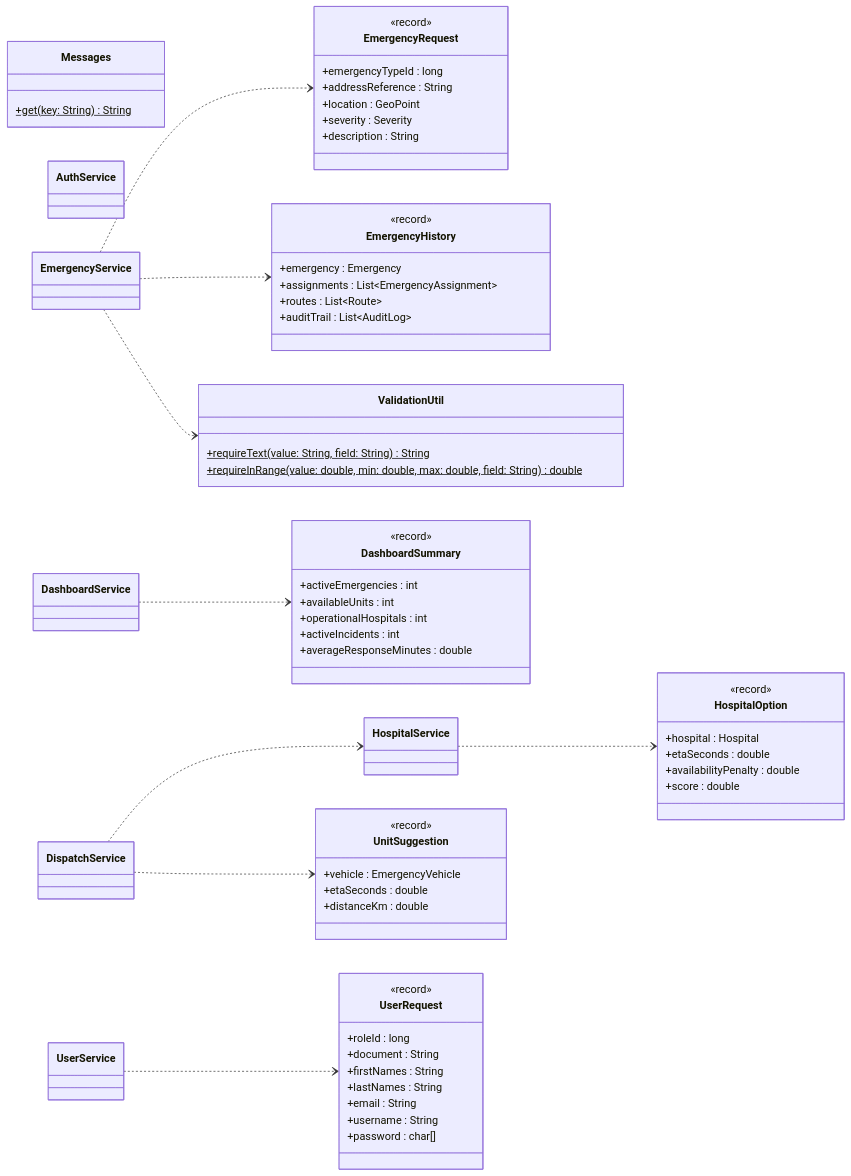
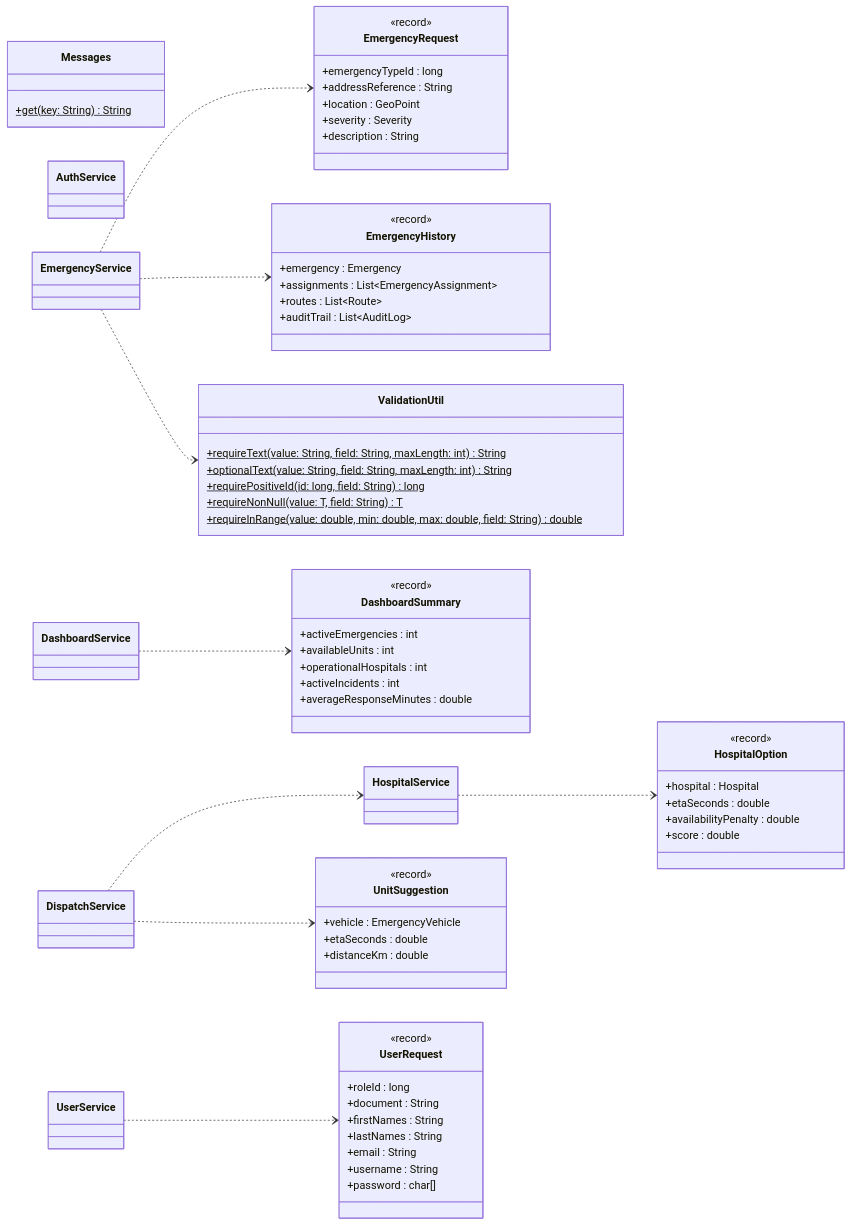
Before and after one commit to afzabaleta/RutaVida: diagram 16 of 22 in docs/class-diagram.md, drawn with Mermaid. The commit also changed other lines of this file and 2 other files, not shown here.

Commit message:
docs: sync-class-diagram-and-session-validation

````diff
--- a/docs/class-diagram.md
+++ b/docs/class-diagram.md
@@ -1113,77 +1122,81 @@
 ```mermaid
 ---
 config:
   markdownAutoWrap: false
 ---
 classDiagram
     direction LR
 
     class EmergencyRequest {
         <<record>>
         +emergencyTypeId : long
         +addressReference : String
         +location : GeoPoint
         +severity : Severity
         +description : String
     }
     class UnitSuggestion {
         <<record>>
         +vehicle : EmergencyVehicle
         +etaSeconds : double
         +distanceKm : double
     }
     class HospitalOption {
         <<record>>
         +hospital : Hospital
         +etaSeconds : double
         +availabilityPenalty : double
         +score : double
     }
     class EmergencyHistory {
         <<record>>
         +emergency : Emergency
         +assignments : List~EmergencyAssignment~
         +routes : List~Route~
         +auditTrail : List~AuditLog~
     }
     class DashboardSummary {
         <<record>>
         +activeEmergencies : int
         +availableUnits : int
         +operationalHospitals : int
         +activeIncidents : int
         +averageResponseMinutes : double
     }
     class UserRequest {
         <<record>>
         +roleId : long
         +document : String
         +firstNames : String
         +lastNames : String
         +email : String
         +username : String
         +password : char[]
     }
-    class ValidationUtil {
-        +requireText(value: String, field: String) String$
-        +requireInRange(value: double, min: double, max: double, field: String) double$
-    }
+class ValidationUtil {
+    +requireText(value: String, field: String, maxLength: int) String$
+    +optionalText(value: String, field: String, maxLength: int) String$
+    +requirePositiveId(id: long, field: String) long$
+    +requireNonNull(value: T, field: String) T$
+    +requireInRange(value: double, min: double, max: double, field: String) double$
+}
+
     class Messages {
         +get(key: String) String$
     }
     class AuthService
     class UserService
     class EmergencyService
     class DispatchService
     class HospitalService
     class DashboardService
 
     DispatchService ..> HospitalService
     EmergencyService ..> EmergencyRequest
     EmergencyService ..> EmergencyHistory
     DispatchService ..> UnitSuggestion
     HospitalService ..> HospitalOption
     DashboardService ..> DashboardSummary
     UserService ..> UserRequest
     EmergencyService ..> ValidationUtil
 ```
````
